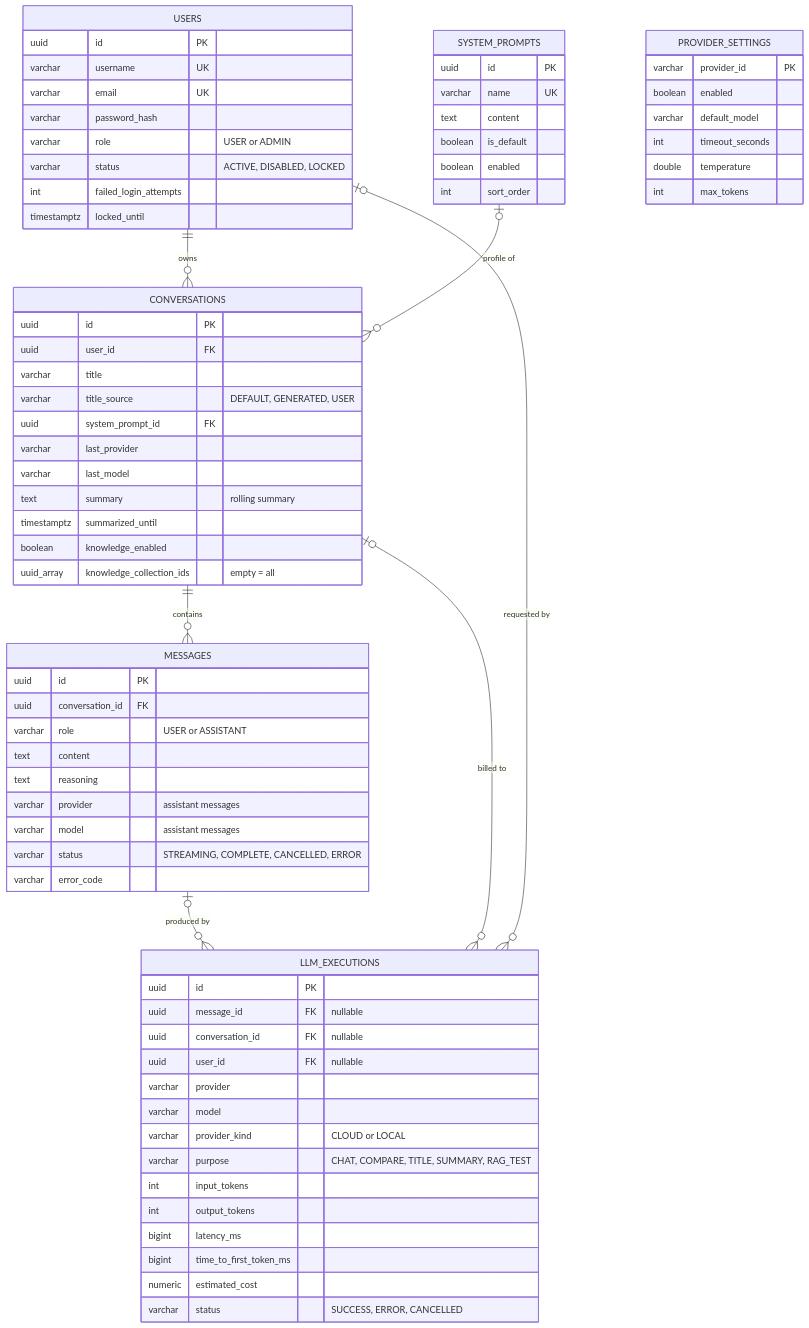
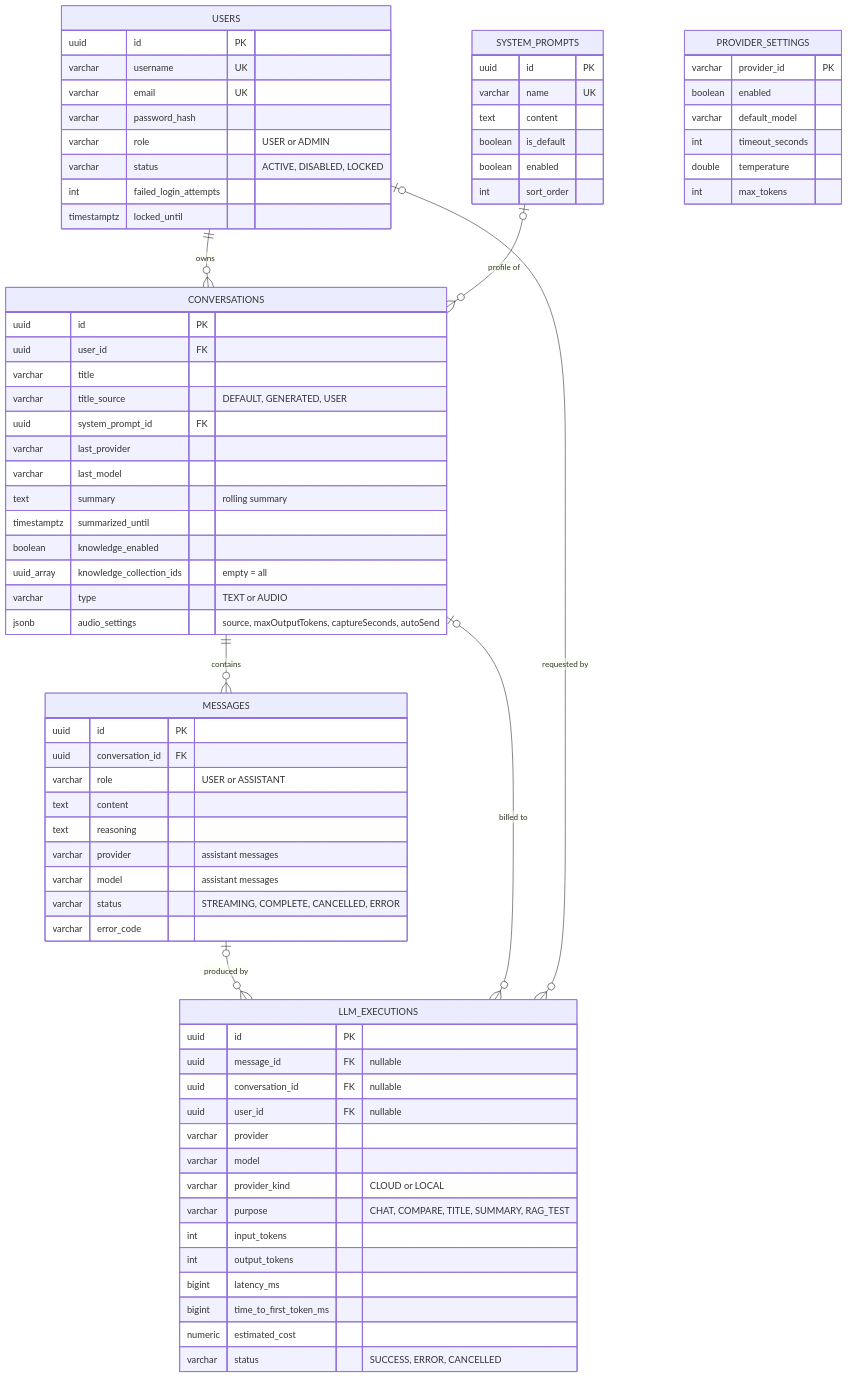
Diagram 15 of 15 in docs/architecture.md (minhaj86/multi-llm-chat-agent), drawn with Mermaid before and after one commit. The commit also changed other lines of this file and 49 other files, not shown here.

First line of the commit message:
feat: add audio capture and transcription functionality

````diff
--- a/docs/architecture.md
+++ b/docs/architecture.md
@@ -712,76 +730,78 @@
 ```mermaid
 erDiagram
     USERS ||--o{ CONVERSATIONS : owns
     CONVERSATIONS ||--o{ MESSAGES : contains
     SYSTEM_PROMPTS |o--o{ CONVERSATIONS : "profile of"
     MESSAGES |o--o{ LLM_EXECUTIONS : "produced by"
     CONVERSATIONS |o--o{ LLM_EXECUTIONS : "billed to"
     USERS |o--o{ LLM_EXECUTIONS : "requested by"
 
     USERS {
         uuid id PK
         varchar username UK
         varchar email UK
         varchar password_hash
         varchar role "USER or ADMIN"
         varchar status "ACTIVE, DISABLED, LOCKED"
         int failed_login_attempts
         timestamptz locked_until
     }
     CONVERSATIONS {
         uuid id PK
         uuid user_id FK
         varchar title
         varchar title_source "DEFAULT, GENERATED, USER"
         uuid system_prompt_id FK
         varchar last_provider
         varchar last_model
         text summary "rolling summary"
         timestamptz summarized_until
         boolean knowledge_enabled
         uuid_array knowledge_collection_ids "empty = all"
+        varchar type "TEXT or AUDIO"
+        jsonb audio_settings "source, maxOutputTokens, captureSeconds, autoSend"
     }
     MESSAGES {
         uuid id PK
         uuid conversation_id FK
         varchar role "USER or ASSISTANT"
         text content
         text reasoning
         varchar provider "assistant messages"
         varchar model "assistant messages"
         varchar status "STREAMING, COMPLETE, CANCELLED, ERROR"
         varchar error_code
     }
     LLM_EXECUTIONS {
         uuid id PK
         uuid message_id FK "nullable"
         uuid conversation_id FK "nullable"
         uuid user_id FK "nullable"
         varchar provider
         varchar model
         varchar provider_kind "CLOUD or LOCAL"
         varchar purpose "CHAT, COMPARE, TITLE, SUMMARY, RAG_TEST"
         int input_tokens
         int output_tokens
         bigint latency_ms
         bigint time_to_first_token_ms
         numeric estimated_cost
         varchar status "SUCCESS, ERROR, CANCELLED"
     }
     SYSTEM_PROMPTS {
         uuid id PK
         varchar name UK
         text content
         boolean is_default
         boolean enabled
         int sort_order
     }
     PROVIDER_SETTINGS {
         varchar provider_id PK
         boolean enabled
         varchar default_model
         int timeout_seconds
         double temperature
         int max_tokens
     }
 ```
````
